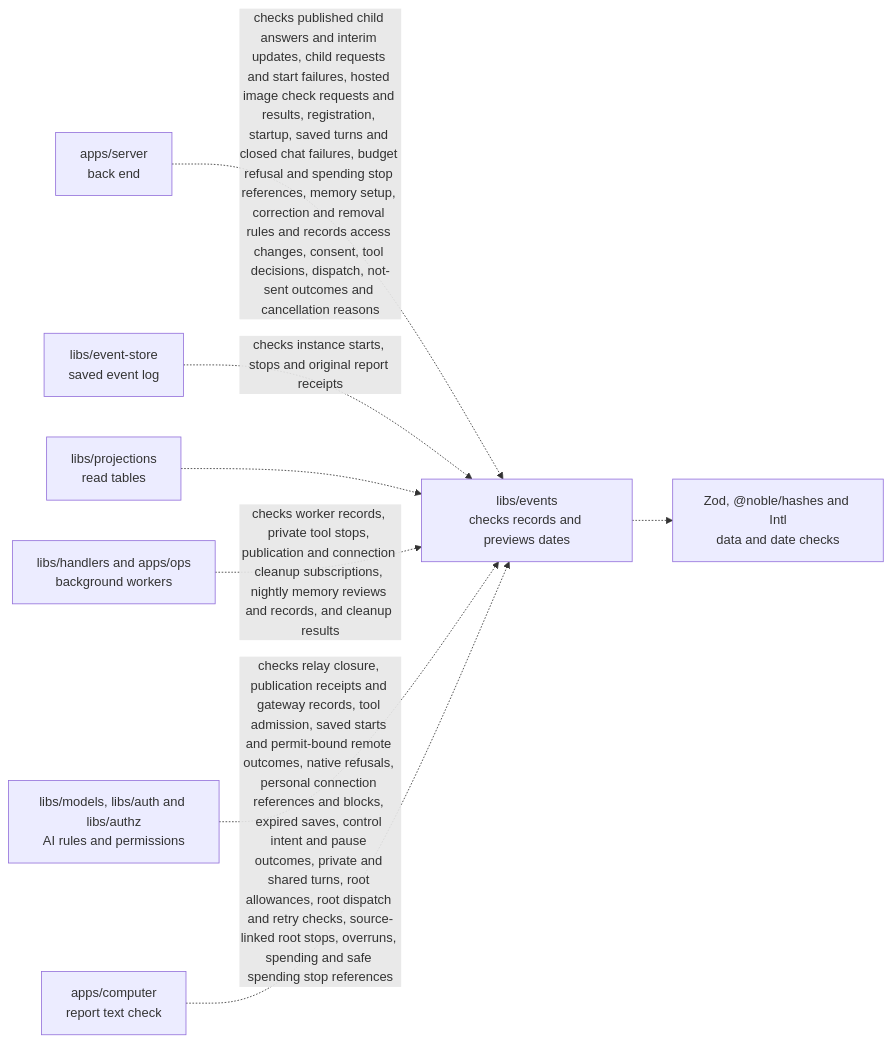
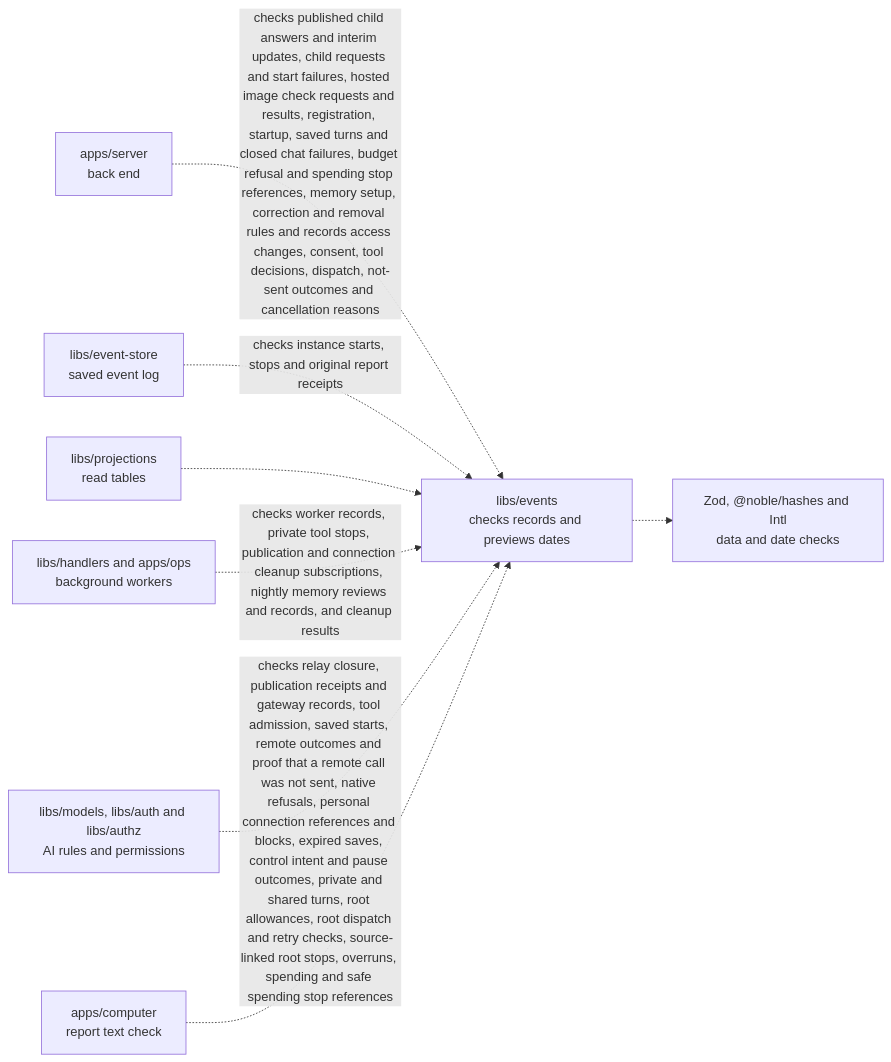
The diagram in libs/events/README.md (elewa-git/opencrane-new), drawn with Mermaid before and after one commit. The commit also changed other lines of this file and 13 other files, not shown here.

Commit message:
🔒 Restore approval retry after a remote call is refused before sending

````diff
--- a/libs/events/README.md
+++ b/libs/events/README.md
@@ -27,10 +27,10 @@
 ```mermaid
 flowchart LR
   server["apps/server<br/>back end"] -.->|checks published child answers and interim updates, child requests and start failures, hosted image check requests and results, registration, startup, saved turns and closed chat failures, budget refusal and spending stop references, memory setup, correction and removal rules and records access changes, consent, tool decisions, dispatch, not-sent outcomes and cancellation reasons| events["libs/events<br/>checks records and previews dates"]
   store["libs/event-store<br/>saved event log"] -.->|checks instance starts, stops and original report receipts| events
   projections["libs/projections<br/>read tables"] -.-> events
   workers["libs/handlers and apps/ops<br/>background workers"] -.->|checks worker records, private tool stops, publication and connection cleanup subscriptions, nightly memory reviews and records, and cleanup results| events
-  others["libs/models, libs/auth and libs/authz<br/>AI rules and permissions"] -.->|checks relay closure, publication receipts and gateway records, tool admission, saved starts and permit-bound remote outcomes, native refusals, personal connection references and blocks, expired saves, control intent and pause outcomes, private and shared turns, root allowances, root dispatch and retry checks, source-linked root stops, overruns, spending and safe spending stop references| events
+  others["libs/models, libs/auth and libs/authz<br/>AI rules and permissions"] -.->|checks relay closure, publication receipts and gateway records, tool admission, saved starts, remote outcomes and proof that a remote call was not sent, native refusals, personal connection references and blocks, expired saves, control intent and pause outcomes, private and shared turns, root allowances, root dispatch and retry checks, source-linked root stops, overruns, spending and safe spending stop references| events
   computer["apps/computer<br/>report text check"] -.-> events
   events -.-> checks["Zod, @noble/hashes and Intl<br/>data and date checks"]
 ```
````
